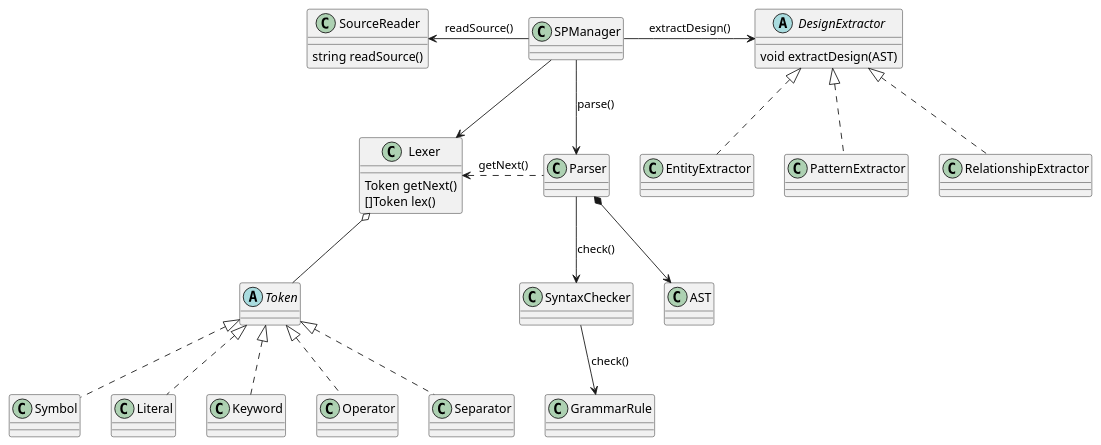
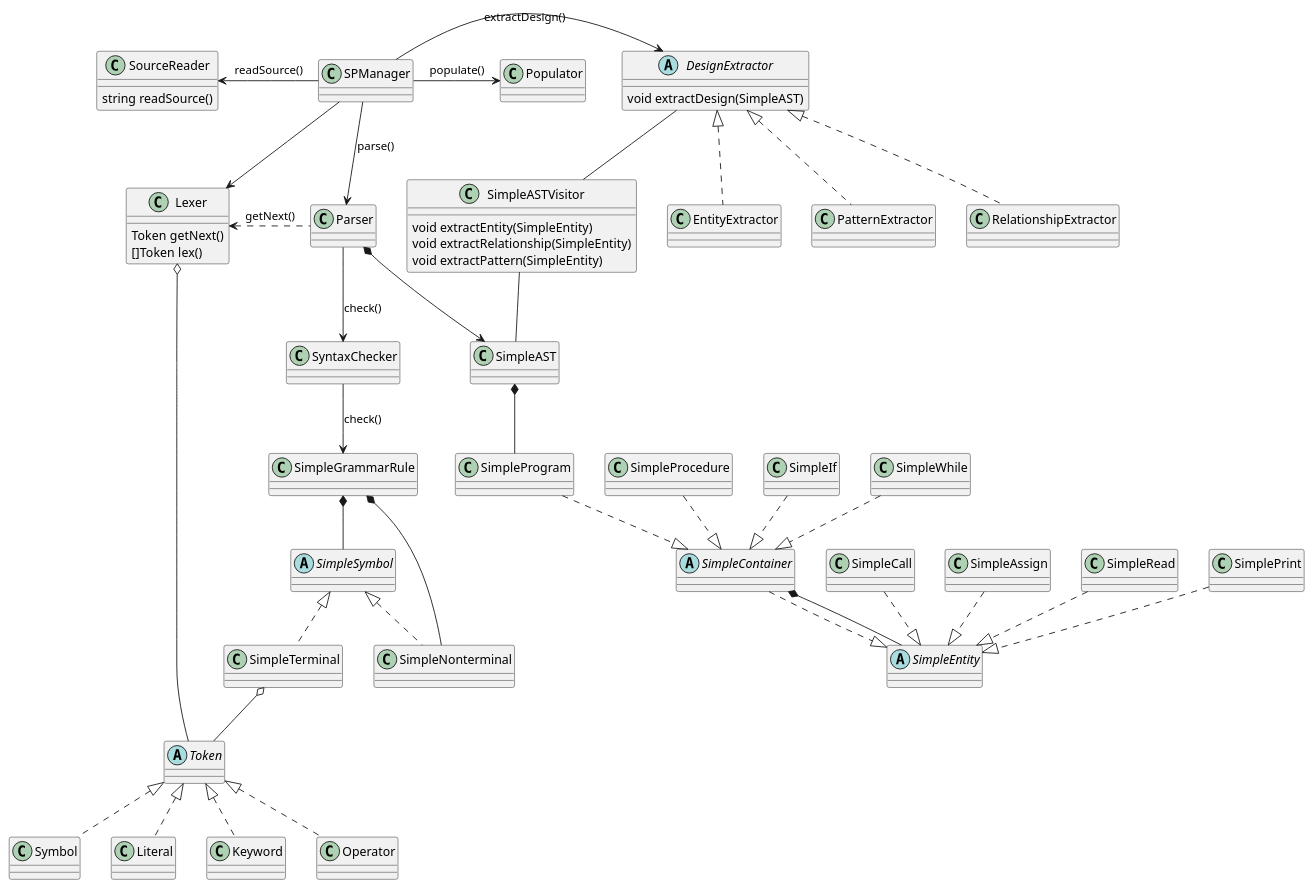
One commit to mazx4960/static-analyzer changed the diagram in docs/diagrams/SPClassDiagram.puml. Above: the diagram before and after it, drawn with PlantUML.

Commit message:
Finish up SP class diagram

```diff
--- a/docs/diagrams/SPClassDiagram.puml
+++ b/docs/diagrams/SPClassDiagram.puml
@@ -1,55 +1,95 @@
 @startuml
 
 class SPManager
 
 class SourceReader {
     string readSource()
 }
 
 class Lexer {
     Token getNext()
     []Token lex()
 }
 
 abstract class Token {
 }
 class Symbol
 class Literal
 class Keyword
 class Operator
-class Separator
 
 class Parser
 class SyntaxChecker
-class GrammarRule
-class AST
+class SimpleGrammarRule
+abstract class SimpleSymbol
+class SimpleTerminal
+class SimpleNonterminal
+
+class SimpleAST
+abstract class SimpleEntity
+abstract class SimpleContainer
+class SimpleProgram
+class SimpleProcedure
+class SimpleIf
+class SimpleWhile
+class SimpleCall
+class SimpleAssign
+class SimpleRead
+class SimplePrint
 
 abstract class DesignExtractor {
-    void extractDesign(AST)
+    void extractDesign(SimpleAST)
 }
 class EntityExtractor
 class PatternExtractor
 class RelationshipExtractor
 
+class Populator
+
+class SimpleASTVisitor {
+    void extractEntity(SimpleEntity)
+    void extractRelationship(SimpleEntity)
+    void extractPattern(SimpleEntity)
+}
+
 SPManager -left-> SourceReader : readSource()
 SPManager -down-> Lexer
 SPManager -down-> Parser : parse()
 SPManager -right-> DesignExtractor : extractDesign()
+SPManager -right-> Populator : populate()
 
 Token <|.. Symbol
 Token <|.. Literal
 Token <|.. Keyword
 Token <|.. Operator
-Token <|.. Separator
 
 Lexer o-- Token
 Parser .left.> Lexer: getNext()
-Parser *-down-> AST
 Parser -down-> SyntaxChecker : check()
-SyntaxChecker -down-> GrammarRule : check()
+SyntaxChecker -down-> SimpleGrammarRule : check()
+SimpleSymbol <|.. SimpleNonterminal
+SimpleSymbol <|.. SimpleTerminal
+SimpleTerminal o-- Token
+SimpleGrammarRule *-- SimpleNonterminal
+SimpleGrammarRule *-- SimpleSymbol
+Parser *-down-> SimpleAST
+SimpleAST *-- SimpleProgram
+SimpleContainer ..|> SimpleEntity
+SimpleCall ..|> SimpleEntity
+SimpleAssign ..|> SimpleEntity
+SimpleRead ..|> SimpleEntity
+SimplePrint ..|> SimpleEntity
+SimpleIf ..|> SimpleContainer
+SimpleWhile ..|> SimpleContainer
+SimpleProcedure ..|> SimpleContainer
+SimpleProgram ..|> SimpleContainer
+SimpleContainer *-- SimpleEntity
 
 DesignExtractor <|.. EntityExtractor
 DesignExtractor <|.. PatternExtractor
 DesignExtractor <|.. RelationshipExtractor
 
+DesignExtractor -- SimpleASTVisitor
+SimpleASTVisitor -- SimpleAST
+
 @enduml
```
